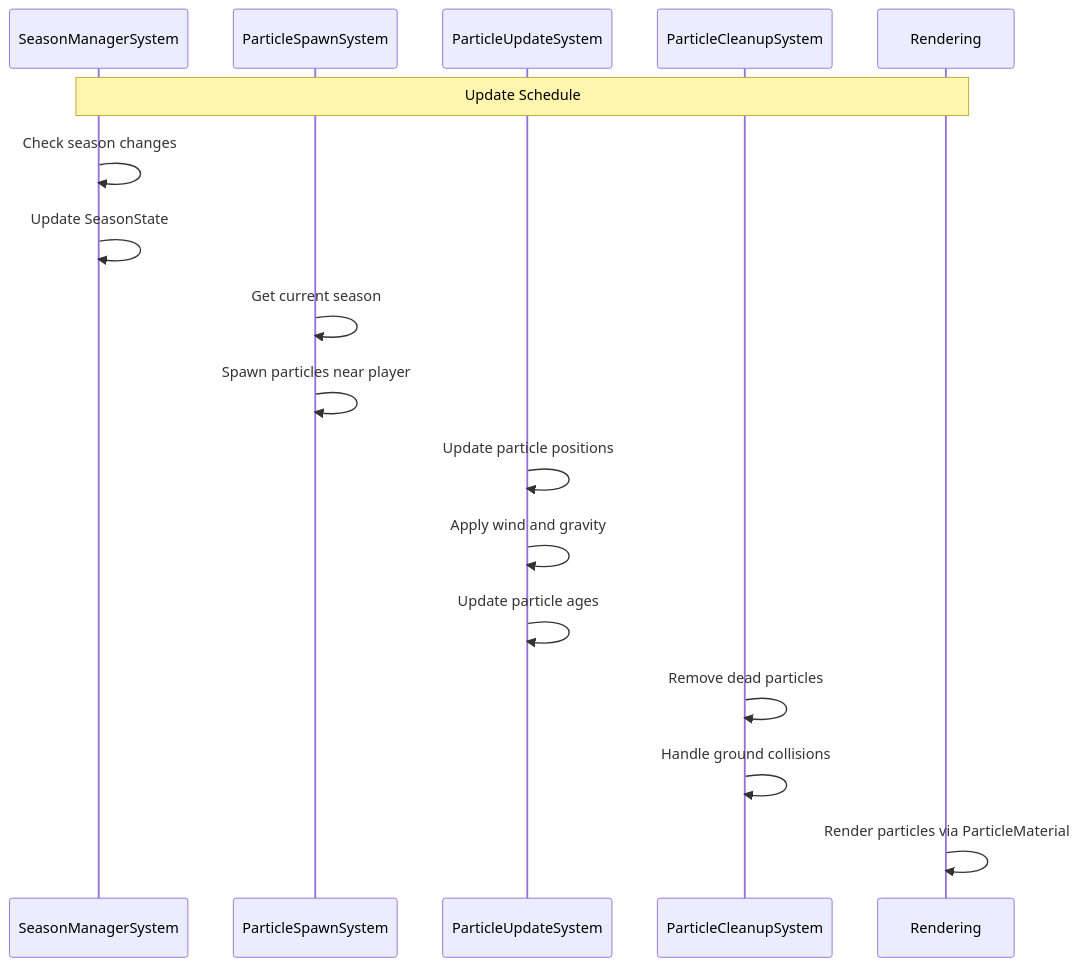
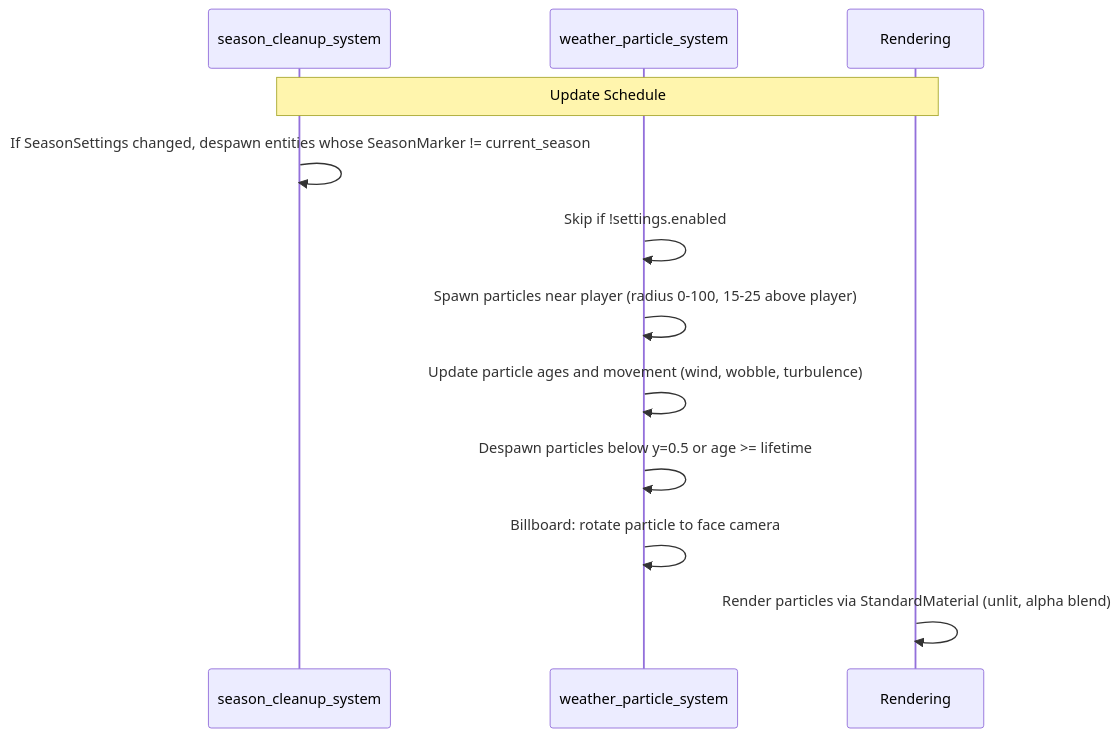
Before and after one commit to vektorprime/rose-offline-client: the second of 3 diagrams in system-architecture/weather-season-system.md, drawn with Mermaid. The commit also changed other lines of this file and 546 other files, not shown here.

````diff
--- a/system-architecture/weather-season-system.md
+++ b/system-architecture/weather-season-system.md
@@ -280,25 +262,18 @@
 ```mermaid
 sequenceDiagram
-    participant SM as SeasonManagerSystem
-    participant PS as ParticleSpawnSystem
-    participant PU as ParticleUpdateSystem
-    participant PC as ParticleCleanupSystem
+    participant SM as season_cleanup_system
+    participant WS as weather_particle_system
     participant R as Rendering
-    
+
     Note over SM,R: Update Schedule
-    
-    SM->>SM: Check season changes
-    SM->>SM: Update SeasonState
-    
-    PS->>PS: Get current season
-    PS->>PS: Spawn particles near player
-    
-    PU->>PU: Update particle positions
-    PU->>PU: Apply wind and gravity
-    PU->>PU: Update particle ages
-    
-    PC->>PC: Remove dead particles
-    PC->>PC: Handle ground collisions
-    
-    R->>R: Render particles via ParticleMaterial
+
+    SM->>SM: If SeasonSettings changed, despawn entities whose SeasonMarker != current_season
+
+    WS->>WS: Skip if !settings.enabled
+    WS->>WS: Spawn particles near player (radius 0-100, 15-25 above player)
+    WS->>WS: Update particle ages and movement (wind, wobble, turbulence)
+    WS->>WS: Despawn particles below y=0.5 or age >= lifetime
+    WS->>WS: Billboard: rotate particle to face camera
+
+    R->>R: Render particles via StandardMaterial (unlit, alpha blend)
 ```
````
